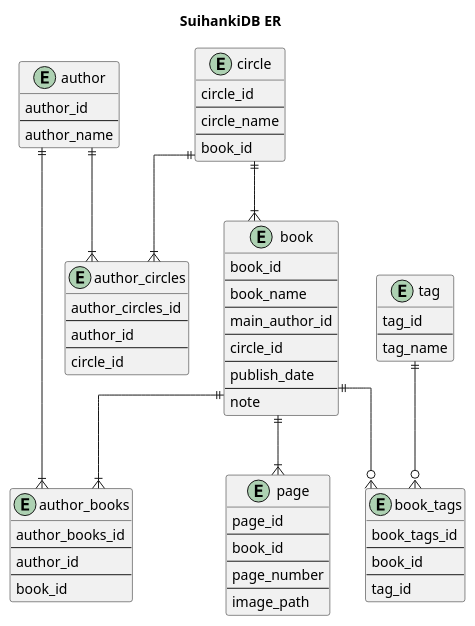
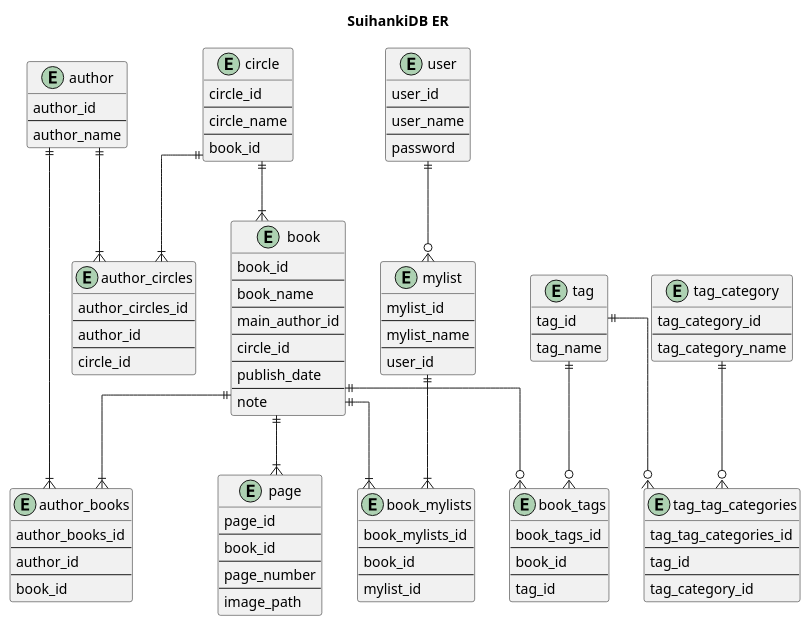
The diagram in uml/er/db.pu (tsubasa283paris/Suihanki), drawn with PlantUML before and after one commit.

Commit message:
Add perfect functionality to db

```diff
--- a/uml/er/db.pu
+++ b/uml/er/db.pu
@@ -1,86 +1,130 @@
 @startuml
 
 title SuihankiDB ER
 skinparam linetype ortho
 
 ' single entities
 entity "author" as a {
     author_id
     --
     author_name
 }
 entity "book" as b {
     book_id
     --
     book_name
     --
     main_author_id
     --
     circle_id
     --
     publish_date
     --
     note
 }
 entity "circle" as c {
     circle_id
     --
     circle_name
     --
     book_id
 }
+entity "mylist" as m {
+    mylist_id
+    --
+    mylist_name
+    --
+    user_id
+}
 entity "page" as p {
     page_id
     --
     book_id
     --
     page_number
     --
     image_path
 }
 entity "tag" as t {
     tag_id
     --
     tag_name
+}
+entity "tag_category" as tc {
+    tag_category_id
+    --
+    tag_category_name
+}
+entity "user" as u {
+    user_id
+    --
+    user_name
+    --
+    password
 }
 
 ' intermediate entities
 entity "author_books" as ab {
     author_books_id
     --
     author_id
     --
     book_id
 }
 entity "author_circles" as ac {
     author_circles_id
     --
     author_id
     --
     circle_id
 }
+entity "book_mylists" as bm {
+    book_mylists_id
+    --
+    book_id
+    --
+    mylist_id
+}
 entity "book_tags" as bt {
     book_tags_id
     --
     book_id
     --
     tag_id
 }
+entity "tag_tag_categories" as ttc {
+    tag_tag_categories_id
+    --
+    tag_id
+    --
+    tag_category_id
+}
 
 ' author contains
 a ||--|{ ab
 a ||--|{ ac
 
 ' book contains
+b ||--|{ p
 b ||--|{ ab
-b ||--|{ p
+b ||--|{ bm
 b ||--o{ bt
 
 ' circle contains
 c ||--|{ b
 c ||--|{ ac
 
+' mylist contains
+m ||--|{ bm
+
 ' tag contains
 t ||--o{ bt
+t ||--o{ ttc
+
+' tag_category contains
+tc ||--o{ ttc
+
+' user contains
+u ||--o{ m
 
 @enduml
```
